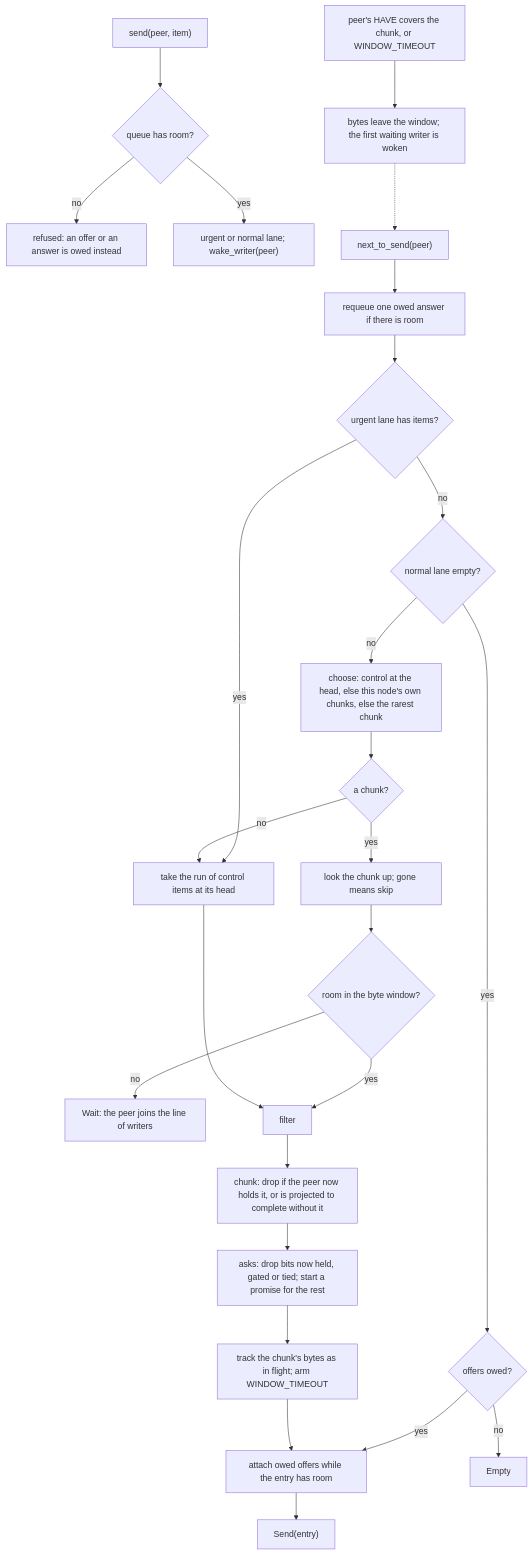
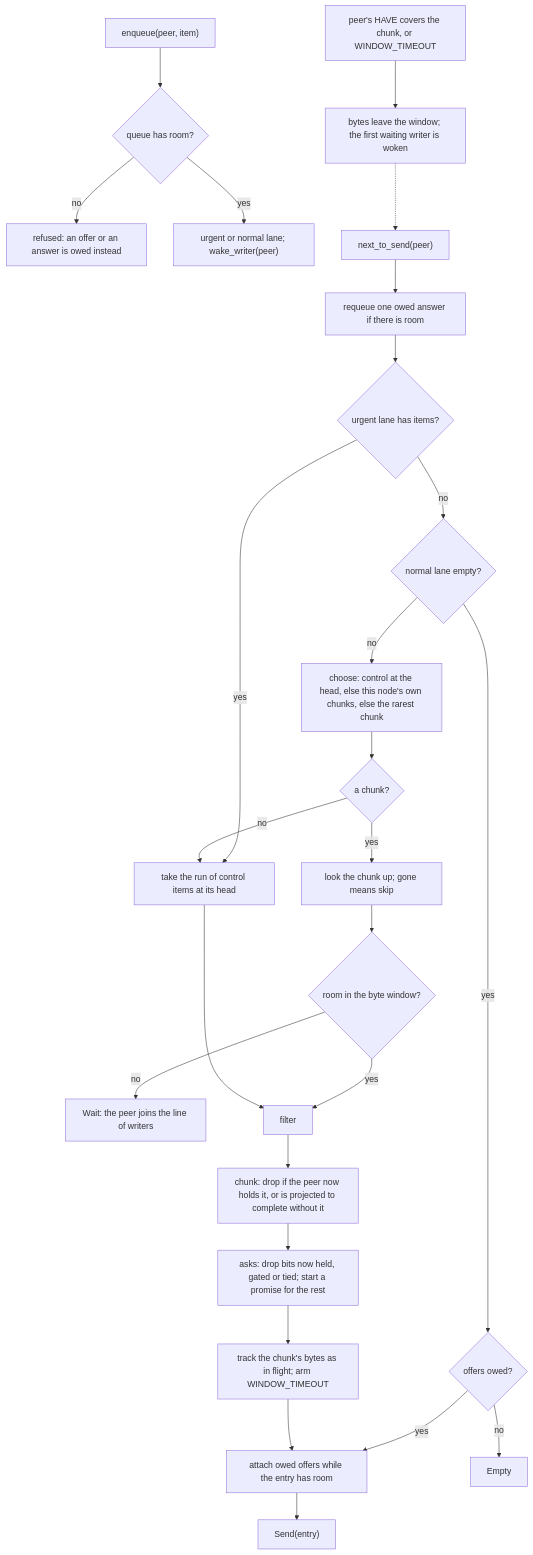
Before and after one commit to cskiraly/seacast-rs: the fifth of 7 diagrams in README.md, drawn with Mermaid. The commit also changed other lines of this file and 22 other files, not shown here.

````diff
--- a/README.md
+++ b/README.md
@@ -215,30 +234,30 @@
 ```mermaid
 flowchart TB
-  E["send(peer, item)"] --> E1{"queue has room?"}
+  E["enqueue(peer, item)"] --> E1{"queue has room?"}
   E1 -- "no" --> E2["refused: an offer or an answer is owed instead"]
   E1 -- "yes" --> E3["urgent or normal lane; wake_writer(peer)"]
 
   S["next_to_send(peer)"] --> S0["requeue one owed answer if there is room"]
   S0 --> S1{"urgent lane has items?"}
   S1 -- "yes" --> S2["take the run of control items at its head"]
   S1 -- "no" --> S3{"normal lane empty?"}
   S3 -- "yes" --> S4{"offers owed?"}
   S4 -- "yes" --> OW
   S4 -- "no" --> EM["Empty"]
   S3 -- "no" --> S5["choose: control at the head, else this node's own chunks, else the rarest chunk"]
   S5 --> S6{"a chunk?"}
   S6 -- "no" --> S2
   S6 -- "yes" --> S7["look the chunk up; gone means skip"]
   S7 --> S8{"room in the byte window?"}
   S8 -- "no" --> WT["Wait: the peer joins the line of writers"]
   S8 -- "yes" --> S9["filter"]
   S2 --> S9
   S9 --> S10["chunk: drop if the peer now holds it, or is projected to complete without it"]
   S10 --> S11["asks: drop bits now held, gated or tied; start a promise for the rest"]
   S11 --> S12["track the chunk's bytes as in flight; arm WINDOW_TIMEOUT"]
   S12 --> OW["attach owed offers while the entry has room"]
   OW --> SEND["Send(entry)"]
 
   REL["peer's HAVE covers the chunk, or WINDOW_TIMEOUT"] --> FR["bytes leave the window; the first waiting writer is woken"]
   FR -.-> S
 ```
````
